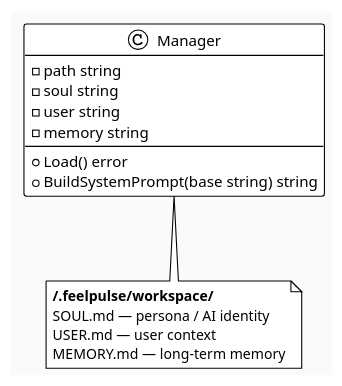
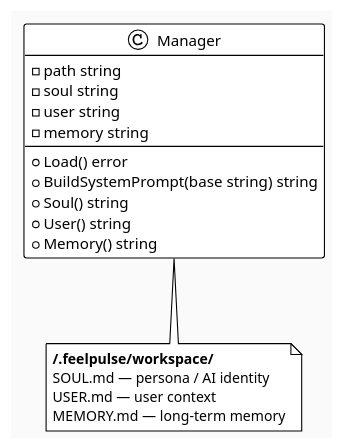
One commit to FeelPulse/feelpulse changed the sixth of 13 diagrams in docs/architecture.md. Above: the diagram before and after it, drawn with PlantUML. The commit also changed other lines of this file and 3 other files, not shown here.

First line of the commit message:
docs: comprehensive README, TODO, and architecture updates

````diff
--- a/docs/architecture.md
+++ b/docs/architecture.md
@@ -211,24 +299,27 @@
 ```plantuml
 @startuml memory
 !theme plain
 skinparam backgroundColor #FAFAFA
 
 class Manager {
   -path string
   -soul string
   -user string
   -memory string
   +Load() error
   +BuildSystemPrompt(base string) string
+  +Soul() string
+  +User() string
+  +Memory() string
 }
 
 note as WS
   <b>~/.feelpulse/workspace/</b>
   SOUL.md — persona / AI identity
   USER.md — user context
   MEMORY.md — long-term memory
 end note
 
 Manager --> WS : reads files
 @enduml
 ```
````
